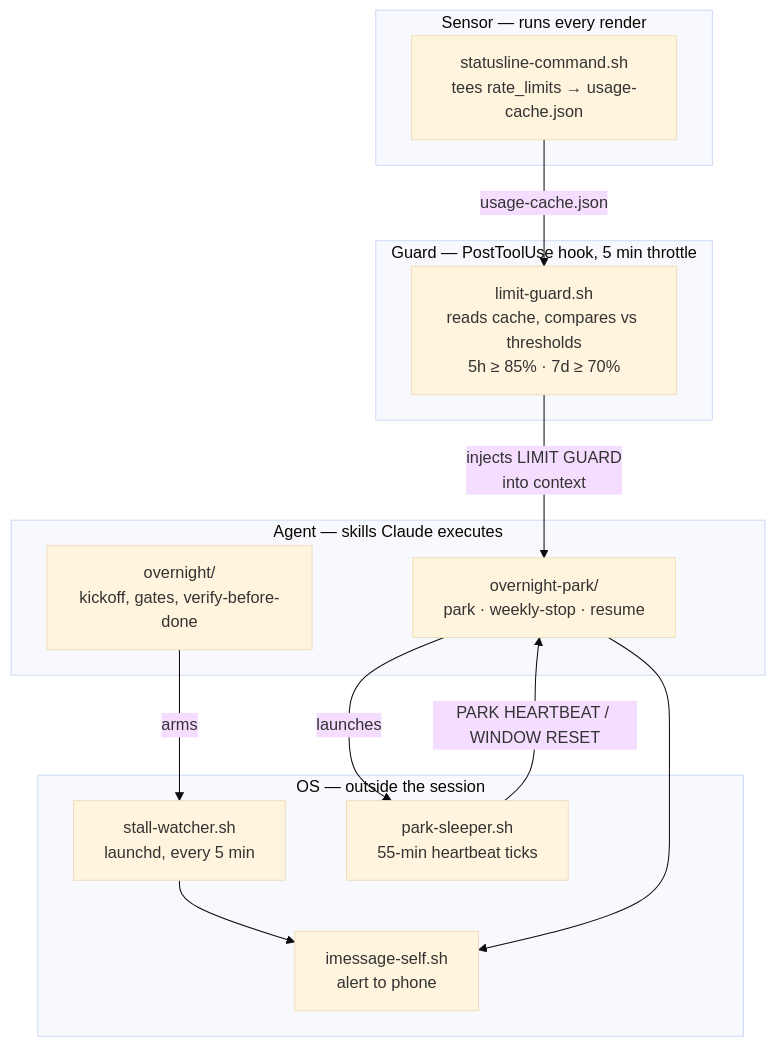
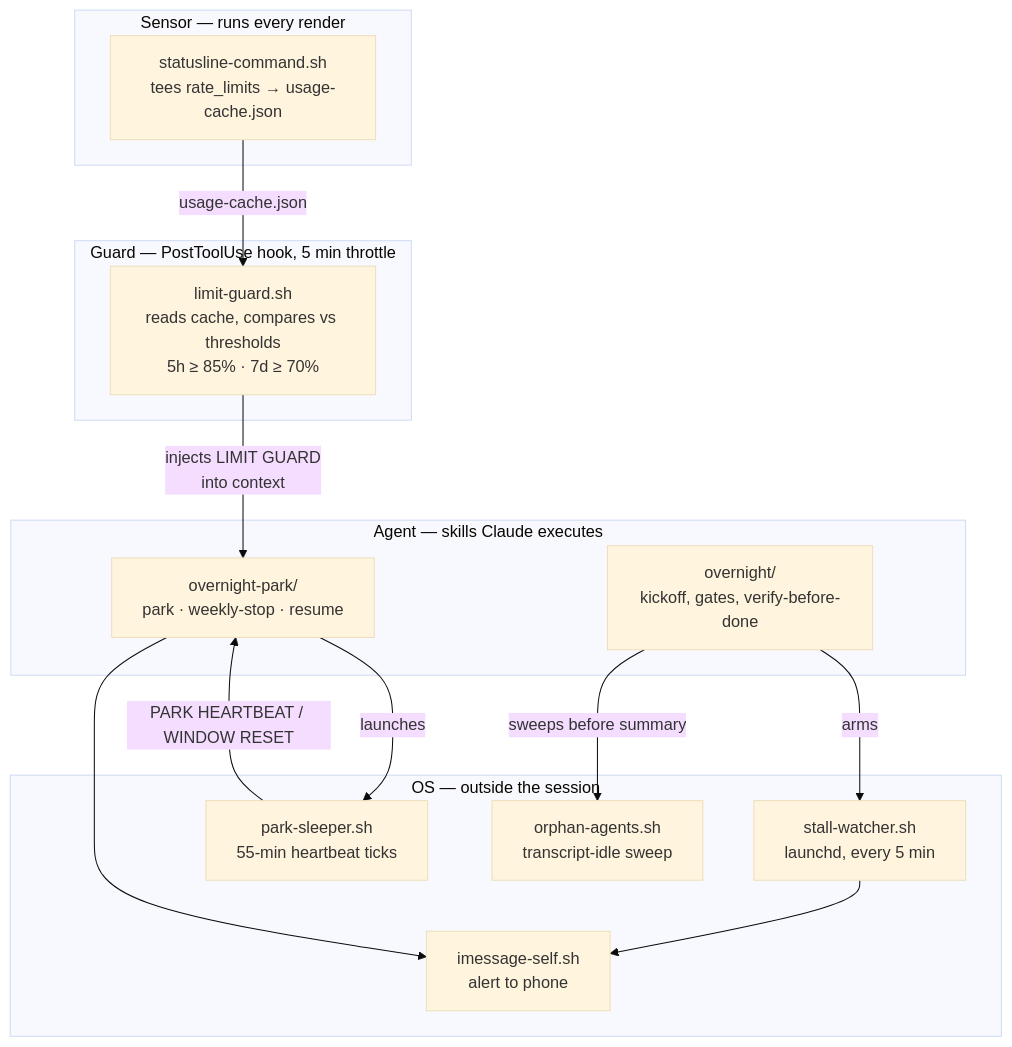
One commit to drewmerc302/claude-skills changed the diagram in README.md. Above: the diagram before and after it, drawn with Mermaid (base theme). The commit also changed other lines of this file and 3 other files, not shown here.

````diff
--- a/README.md
+++ b/README.md
@@ -24,29 +24,31 @@
 ```mermaid
 flowchart TB
     subgraph sensor["Sensor — runs every render"]
         SL["statusline-command.sh<br/>tees rate_limits → usage-cache.json"]
     end
 
     subgraph guard["Guard — PostToolUse hook, 5 min throttle"]
         LG["limit-guard.sh<br/>reads cache, compares vs thresholds<br/>5h ≥ 85% · 7d ≥ 70%"]
     end
 
     subgraph agent["Agent — skills Claude executes"]
         OV["overnight/<br/>kickoff, gates, verify-before-done"]
         PK["overnight-park/<br/>park · weekly-stop · resume"]
     end
 
     subgraph os["OS — outside the session"]
         SW["stall-watcher.sh<br/>launchd, every 5 min"]
         PS["park-sleeper.sh<br/>55-min heartbeat ticks"]
         IM["imessage-self.sh<br/>alert to phone"]
+        OA["orphan-agents.sh<br/>transcript-idle sweep"]
     end
 
     SL -->|"usage-cache.json"| LG
     LG -->|"injects LIMIT GUARD<br/>into context"| PK
     OV -->|"arms"| SW
+    OV -->|"sweeps before summary"| OA
     PK -->|"launches"| PS
     PS -->|"PARK HEARTBEAT / WINDOW RESET"| PK
     SW --> IM
     PK --> IM
 ```
````
